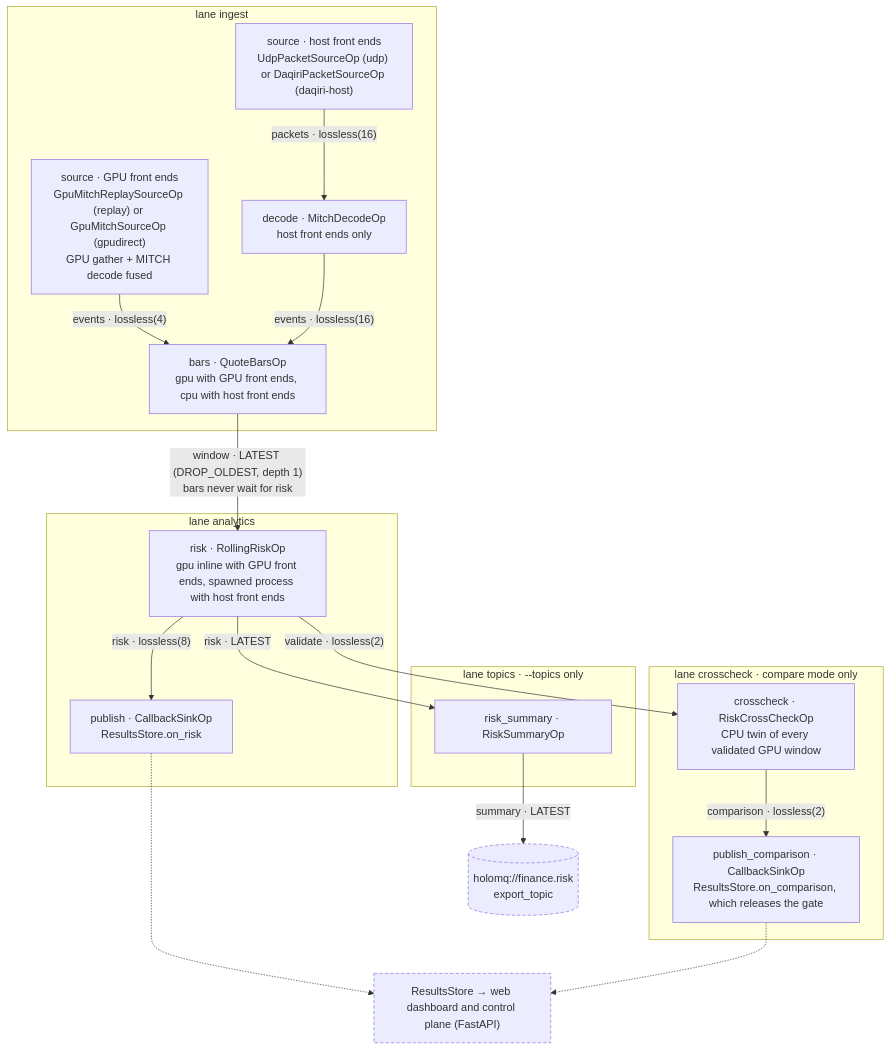
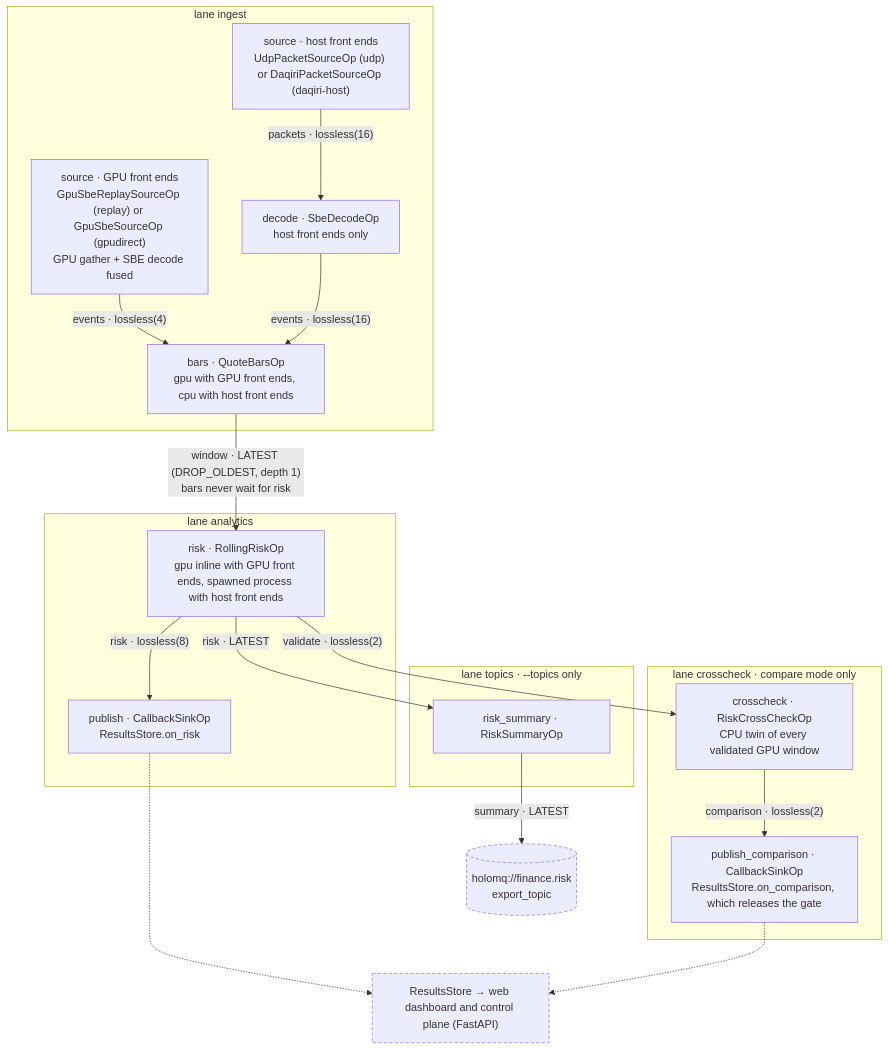
Before and after one commit to nvidia-holoscan/holoscan-finance: the diagram in examples/equity_analytics/README.md, drawn with Mermaid. The commit also changed other lines of this file and 105 other files, not shown here.

````diff
--- a/examples/equity_analytics/README.md
+++ b/examples/equity_analytics/README.md
@@ -14,33 +14,33 @@
 ```mermaid
 flowchart TB
     subgraph lane_ingest["lane ingest"]
-        gsrc["source · GPU front ends<br/>GpuMitchReplaySourceOp (replay) or GpuMitchSourceOp (gpudirect)<br/>GPU gather + MITCH decode fused"]
+        gsrc["source · GPU front ends<br/>GpuSbeReplaySourceOp (replay) or GpuSbeSourceOp (gpudirect)<br/>GPU gather + SBE decode fused"]
         hsrc["source · host front ends<br/>UdpPacketSourceOp (udp) or DaqiriPacketSourceOp (daqiri-host)"]
-        decode["decode · MitchDecodeOp<br/>host front ends only"]
+        decode["decode · SbeDecodeOp<br/>host front ends only"]
         bars["bars · QuoteBarsOp<br/>gpu with GPU front ends, cpu with host front ends"]
         gsrc -->|"events · lossless(4)"| bars
         hsrc -->|"packets · lossless(16)"| decode
         decode -->|"events · lossless(16)"| bars
     end
     subgraph lane_analytics["lane analytics"]
         risk["risk · RollingRiskOp<br/>gpu inline with GPU front ends, spawned process with host front ends"]
         publish["publish · CallbackSinkOp<br/>ResultsStore.on_risk"]
         risk -->|"risk · lossless(8)"| publish
     end
     bars -->|"window · LATEST (DROP_OLDEST, depth 1)<br/>bars never wait for risk"| risk
     subgraph lane_crosscheck["lane crosscheck · compare mode only"]
         crosscheck["crosscheck · RiskCrossCheckOp<br/>CPU twin of every validated GPU window"]
         publish_comparison["publish_comparison · CallbackSinkOp<br/>ResultsStore.on_comparison, which releases the gate"]
         crosscheck -->|"comparison · lossless(2)"| publish_comparison
     end
     risk -->|"validate · lossless(2)"| crosscheck
     subgraph lane_topics["lane topics · --topics only"]
         risk_summary["risk_summary · RiskSummaryOp"]
     end
     risk -->|"risk · LATEST"| risk_summary
     risk_summary -->|"summary · LATEST"| topic[("holomq://finance.risk<br/>export_topic")]
     publish -.-> dashboard["ResultsStore → web dashboard and control plane (FastAPI)"]
     publish_comparison -.-> dashboard
     classDef outside stroke-dasharray: 5 3
     class topic,dashboard outside
 ```
````
